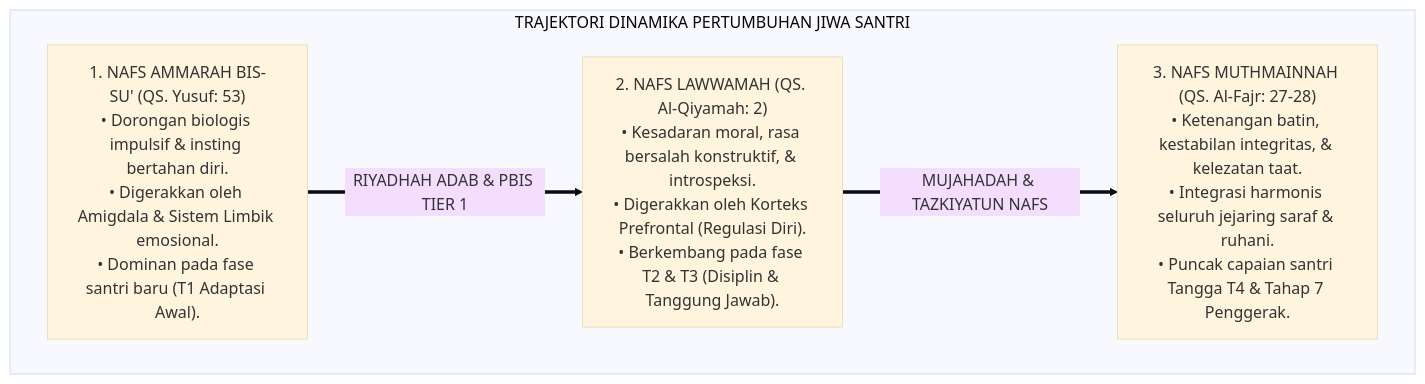
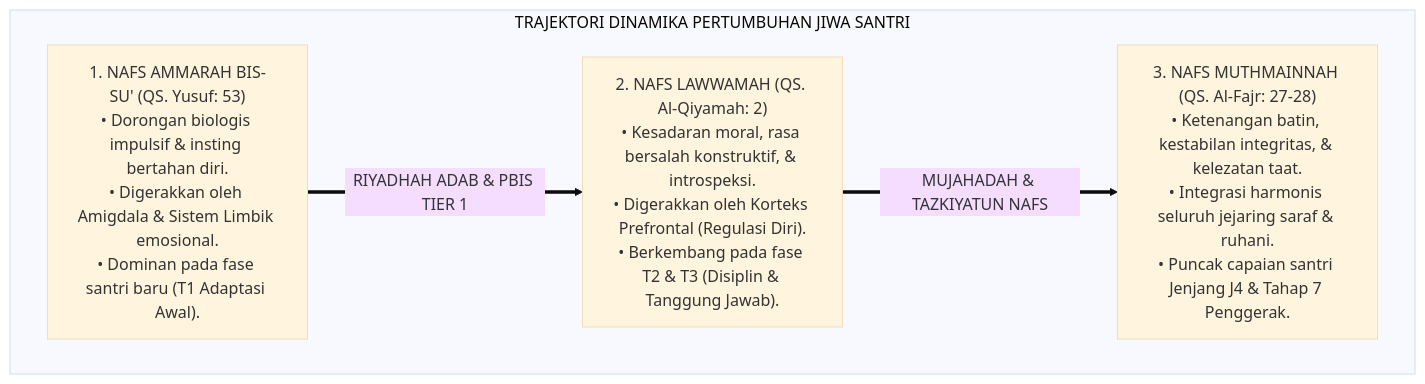
One commit to wandiapriliyandi/tumbuh changed the first of 5 diagrams in 01 Philosophy/02 Human Nature/P1-02-05-Dinamika-Nafs-Ammarah-Lawwamah-Muthmainnah.md. Above: the diagram before and after it, drawn with Mermaid (base theme). The commit also changed other lines of this file and 209 other files, not shown here.

````diff
--- a/01 Philosophy/02 Human Nature/P1-02-05-Dinamika-Nafs-Ammarah-Lawwamah-Muthmainnah.md
+++ b/01 Philosophy/02 Human Nature/P1-02-05-Dinamika-Nafs-Ammarah-Lawwamah-Muthmainnah.md
@@ -58,13 +58,13 @@
 ```mermaid
 flowchart TD
     subgraph TrajektoriDinamikaNafsTUMBUH["TRAJEKTORI DINAMIKA PERTUMBUHAN JIWA SANTRI"]
         Ammarah["1. NAFS AMMARAH BIS-SU' (QS. Yusuf: 53)<br/>• Dorongan biologis impulsif & insting bertahan diri.<br/>• Digerakkan oleh Amigdala & Sistem Limbik emosional.<br/>• Dominan pada fase santri baru (T1 Adaptasi Awal)."]
         
         Lawwamah["2. NAFS LAWWAMAH (QS. Al-Qiyamah: 2)<br/>• Kesadaran moral, rasa bersalah konstruktif, & introspeksi.<br/>• Digerakkan oleh Korteks Prefrontal (Regulasi Diri).<br/>• Berkembang pada fase T2 & T3 (Disiplin & Tanggung Jawab)."]
         
-        Muthmainnah["3. NAFS MUTHMAINNAH (QS. Al-Fajr: 27-28)<br/>• Ketenangan batin, kestabilan integritas, & kelezatan taat.<br/>• Integrasi harmonis seluruh jejaring saraf & ruhani.<br/>• Puncak capaian santri Tangga T4 & Tahap 7 Penggerak."]
+        Muthmainnah["3. NAFS MUTHMAINNAH (QS. Al-Fajr: 27-28)<br/>• Ketenangan batin, kestabilan integritas, & kelezatan taat.<br/>• Integrasi harmonis seluruh jejaring saraf & ruhani.<br/>• Puncak capaian santri Jenjang J4 & Tahap 7 Penggerak."]
         
         Ammarah ==>|RIYADHAH ADAB & PBIS TIER 1| Lawwamah
         Lawwamah ==>|MUJAHADAH & TAZKIYATUN NAFS| Muthmainnah
     end
 ```
````
